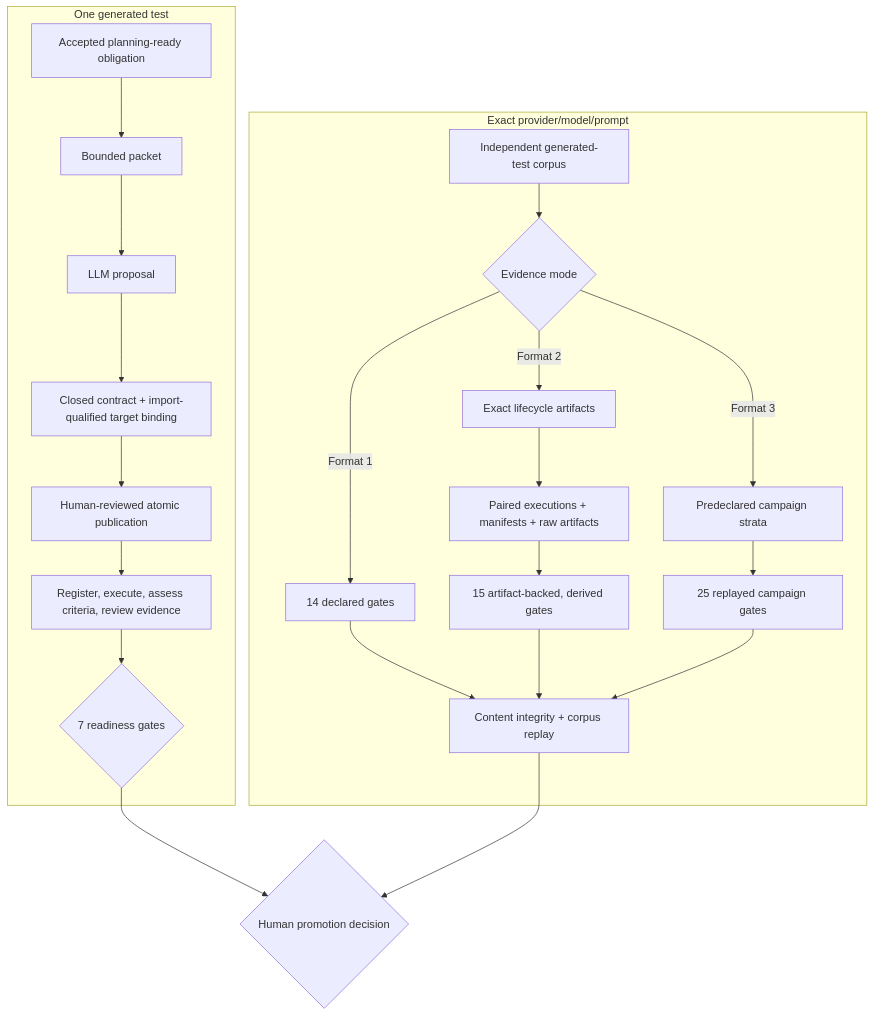
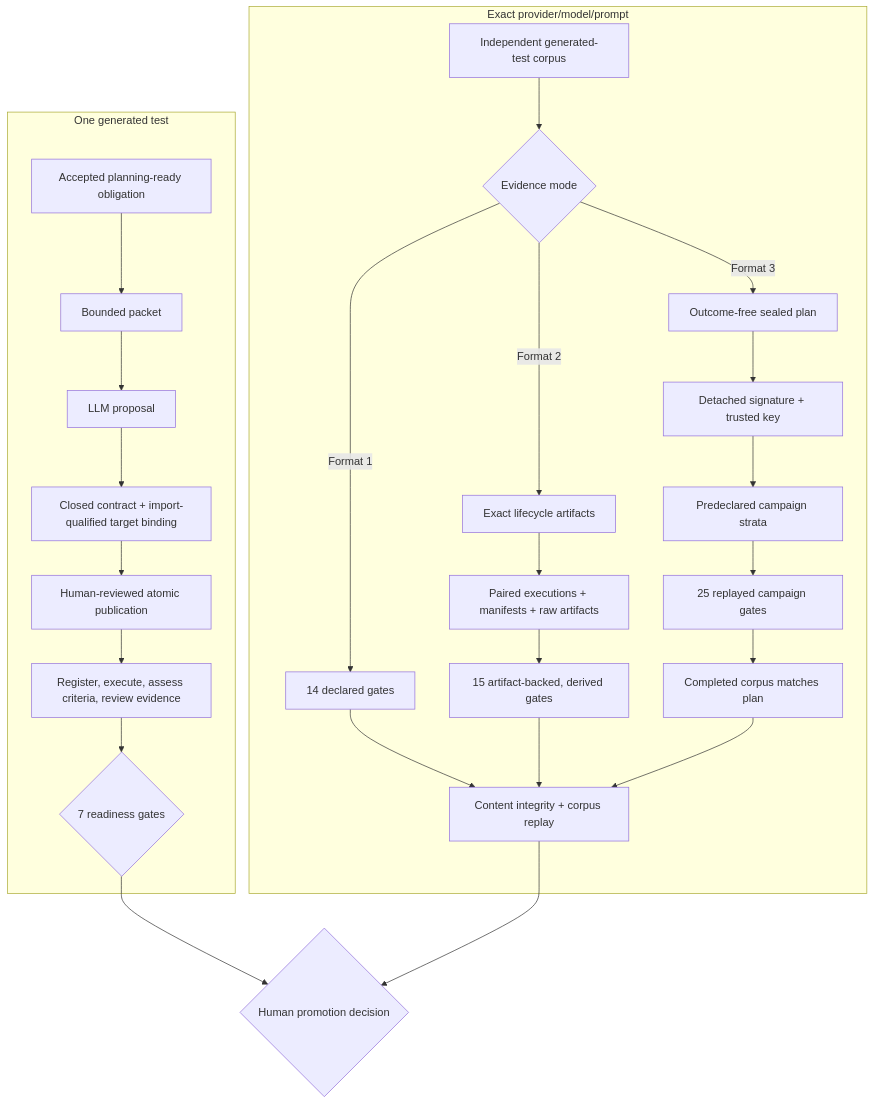
One commit to willtran87/project-py-sfmea changed the fourth of 4 diagrams in docs/WORKFLOW.md. Above: the diagram before and after it, drawn with Mermaid. The commit also changed other lines of this file and 8 other files, not shown here.

Commit message:
Refresh assurance workflows and diagrams

````diff
--- a/docs/WORKFLOW.md
+++ b/docs/WORKFLOW.md
@@ -708,25 +728,28 @@
 ```mermaid
 flowchart TB
   subgraph TEST["One generated test"]
     O["Accepted planning-ready obligation"] --> P["Bounded packet"]
     P --> L["LLM proposal"]
     L --> B["Closed contract + import-qualified target binding"]
     B --> H["Human-reviewed atomic publication"]
     H --> E["Register, execute, assess criteria, review evidence"]
     E --> R{"7 readiness gates"}
   end
   subgraph QUAL["Exact provider/model/prompt"]
     C["Independent generated-test corpus"] --> QMODE{"Evidence mode"}
     QMODE -- "Format 1" --> Q14["14 declared gates"]
     QMODE -- "Format 2" --> QART["Exact lifecycle artifacts"]
-    QMODE -- "Format 3" --> QSTRAT["Predeclared campaign strata"]
+    QMODE -- "Format 3" --> QPLAN["Outcome-free sealed plan"]
+    QPLAN --> QKEY["Detached signature + trusted key"]
+    QKEY --> QSTRAT["Predeclared campaign strata"]
     QART --> QRAW["Paired executions + manifests + raw artifacts"]
     QRAW --> Q15["15 artifact-backed, derived gates"]
     QSTRAT --> Q25["25 replayed campaign gates"]
+    Q25 --> QM["Completed corpus matches plan"]
     Q14 --> QREPLAY["Content integrity + corpus replay"]
     Q15 --> QREPLAY
-    Q25 --> QREPLAY
+    QM --> QREPLAY
   end
   R --> D{"Human promotion decision"}
   QREPLAY --> D
 ```
````
